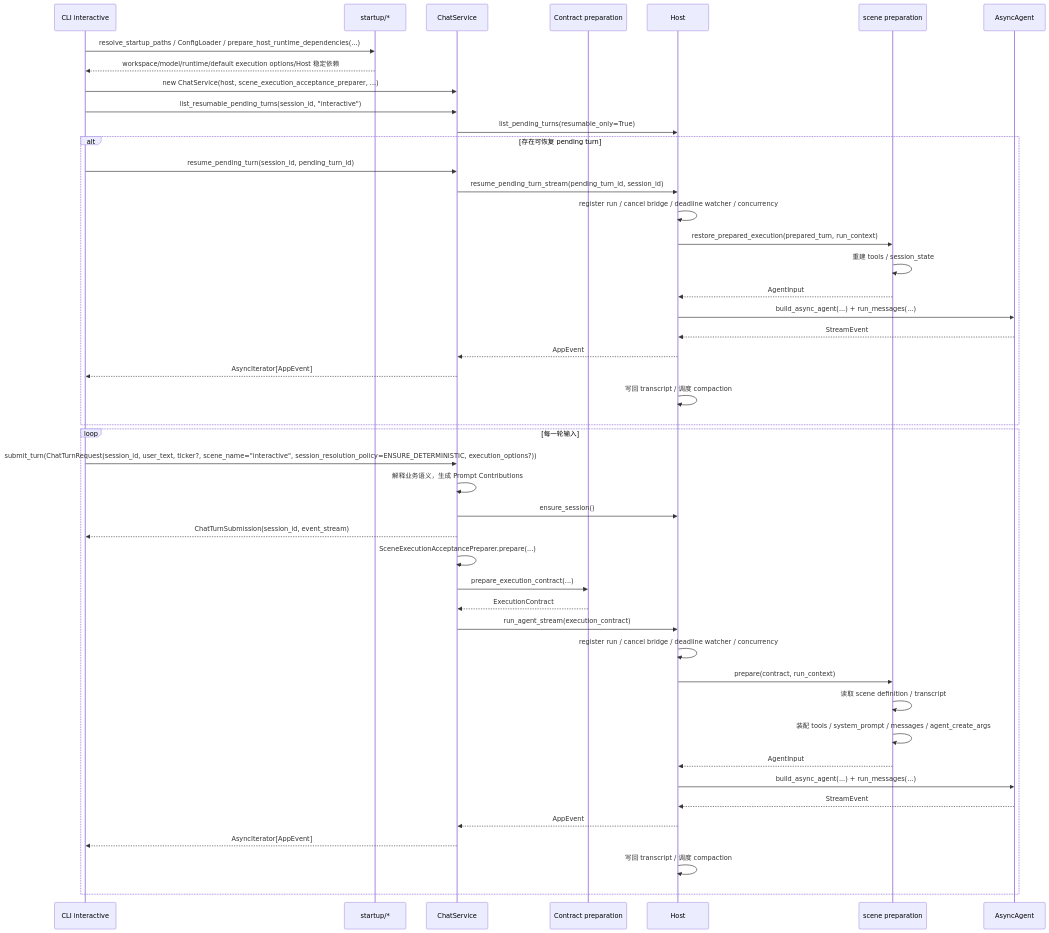
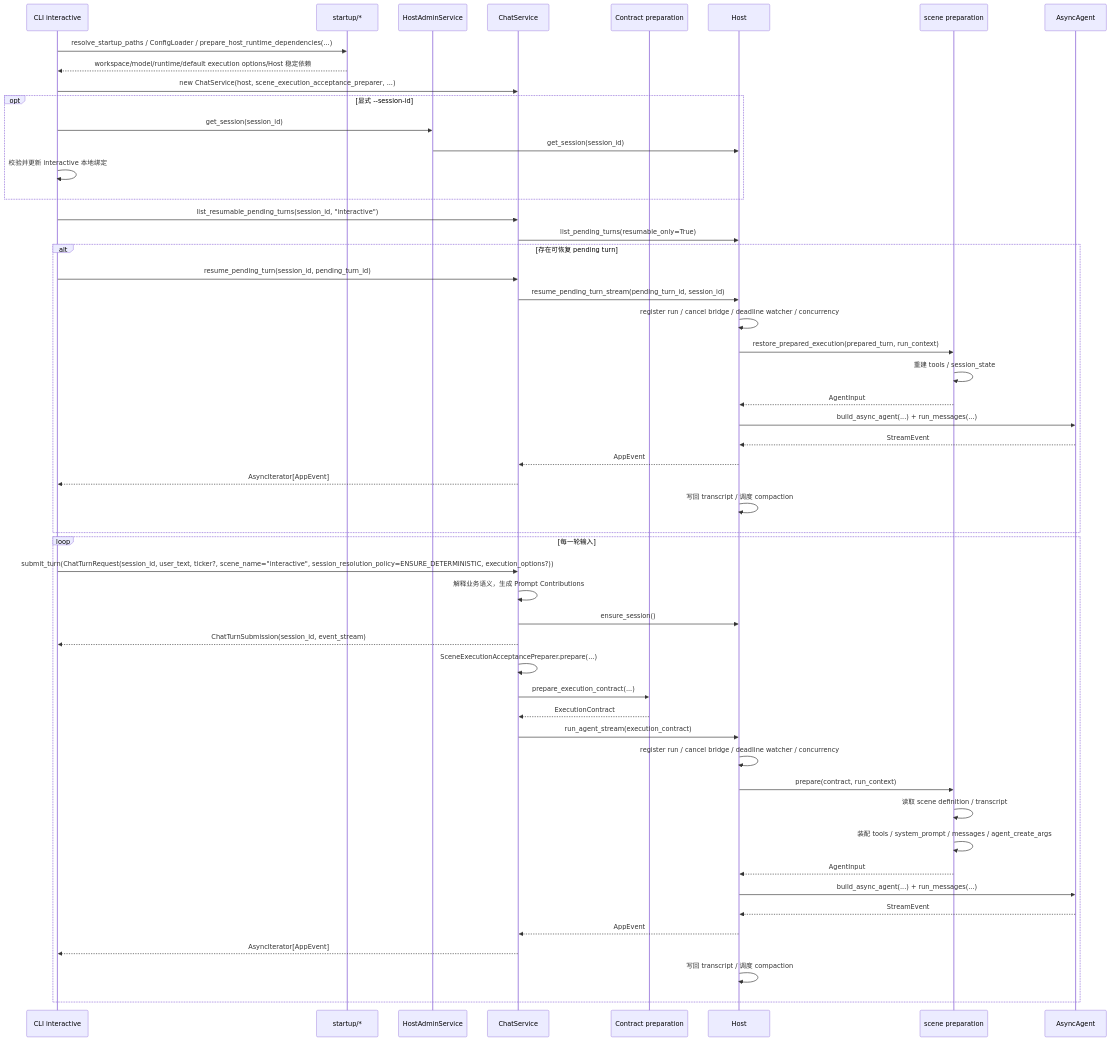
The fourth of 4 diagrams in dayu/README.md (noho/dayu-agent), drawn with Mermaid before and after one commit. The commit also changed other lines of this file and 17 other files, not shown here.

Commit message:
feat: support interactive session discovery and resume (#11)

````diff
--- a/dayu/README.md
+++ b/dayu/README.md
@@ -1266,49 +1270,55 @@
 ```mermaid
 sequenceDiagram
     participant UI as CLI interactive
     participant Startup as startup/*
+    participant Admin as HostAdminService
     participant Service as ChatService
     participant Contract as Contract preparation
     participant Host as Host
     participant SP as scene preparation
     participant Agent as AsyncAgent
 
     UI->>Startup: resolve_startup_paths / ConfigLoader / prepare_host_runtime_dependencies(...)
     Startup-->>UI: workspace/model/runtime/default execution options/Host 稳定依赖
     UI->>Service: new ChatService(host, scene_execution_acceptance_preparer, ...)
+    opt 显式 --session-id
+      UI->>Admin: get_session(session_id)
+      Admin->>Host: get_session(session_id)
+      UI->>UI: 校验并更新 interactive 本地绑定
+    end
     UI->>Service: list_resumable_pending_turns(session_id, "interactive")
     Service->>Host: list_pending_turns(resumable_only=True)
     alt 存在可恢复 pending turn
       UI->>Service: resume_pending_turn(session_id, pending_turn_id)
       Service->>Host: resume_pending_turn_stream(pending_turn_id, session_id)
       Host->>Host: register run / cancel bridge / deadline watcher / concurrency
       Host->>SP: restore_prepared_execution(prepared_turn, run_context)
       SP->>SP: 重建 tools / session_state
       SP-->>Host: AgentInput
       Host->>Agent: build_async_agent(...) + run_messages(...)
       Agent-->>Host: StreamEvent
       Host-->>Service: AppEvent
       Service-->>UI: AsyncIterator[AppEvent]
       Host->>Host: 写回 transcript / 调度 compaction
     end
     loop 每一轮输入
         UI->>Service: submit_turn(ChatTurnRequest(session_id, user_text, ticker?, scene_name="interactive", session_resolution_policy=ENSURE_DETERMINISTIC, execution_options?))
         Service->>Service: 解释业务语义，生成 Prompt Contributions
         Service->>Host: ensure_session()
         Service-->>UI: ChatTurnSubmission(session_id, event_stream)
         Service->>Service: SceneExecutionAcceptancePreparer.prepare(...)
         Service->>Contract: prepare_execution_contract(...)
         Contract-->>Service: ExecutionContract
         Service->>Host: run_agent_stream(execution_contract)
         Host->>Host: register run / cancel bridge / deadline watcher / concurrency
         Host->>SP: prepare(contract, run_context)
         SP->>SP: 读取 scene definition / transcript
         SP->>SP: 装配 tools / system_prompt / messages / agent_create_args
         SP-->>Host: AgentInput
         Host->>Agent: build_async_agent(...) + run_messages(...)
         Agent-->>Host: StreamEvent
         Host-->>Service: AppEvent
         Service-->>UI: AsyncIterator[AppEvent]
         Host->>Host: 写回 transcript / 调度 compaction
     end
 ```
````
